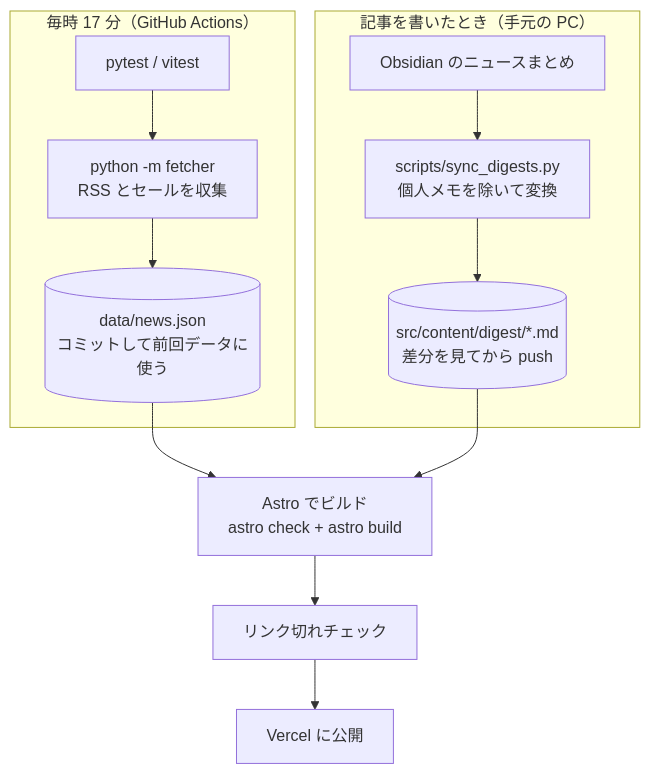
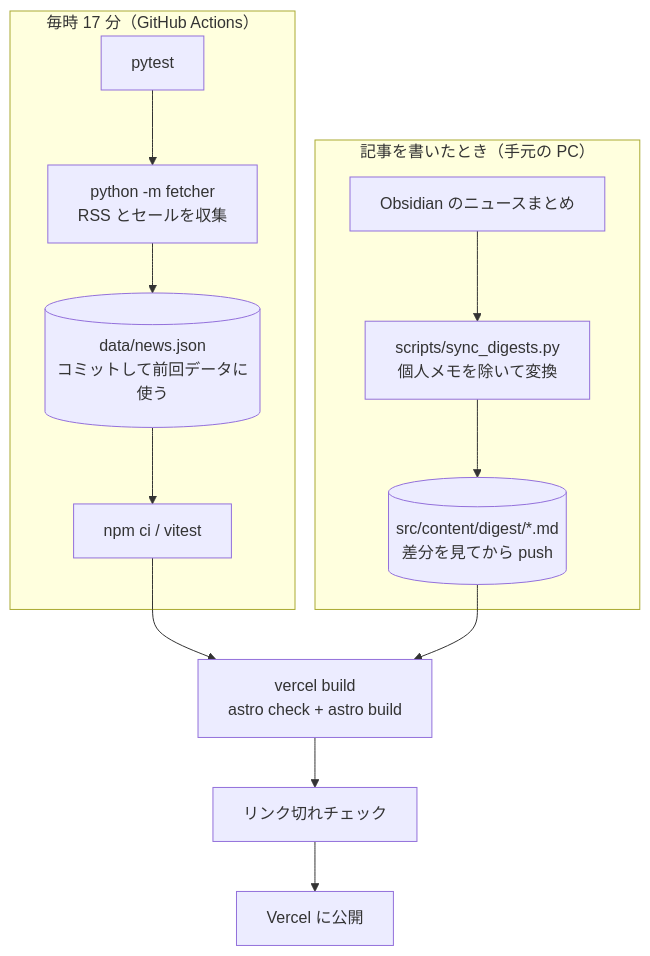
One commit to FSq1v/Game-News changed the diagram in README.md. Above: the diagram before and after it, drawn with Mermaid. The commit also changed other lines of this file and 5 other files, not shown here.

````diff
--- a/README.md
+++ b/README.md
@@ -18,15 +18,16 @@
 ```mermaid
 flowchart TD
     subgraph auto["毎時 17 分（GitHub Actions）"]
-        A["pytest / vitest"] --> B["python -m fetcher<br>RSS とセールを収集"]
+        A["pytest"] --> B["python -m fetcher<br>RSS とセールを収集"]
         B --> C[("data/news.json<br>コミットして前回データに使う")]
+        C --> V["npm ci / vitest"]
     end
     subgraph hand["記事を書いたとき（手元の PC）"]
         D["Obsidian のニュースまとめ"] --> E["scripts/sync_digests.py<br>個人メモを除いて変換"]
         E --> F[("src/content/digest/*.md<br>差分を見てから push")]
     end
-    C --> G["Astro でビルド<br>astro check + astro build"]
+    V --> G["vercel build<br>astro check + astro build"]
     F --> G
     G --> H["リンク切れチェック"]
     H --> I["Vercel に公開"]
 ```
````
